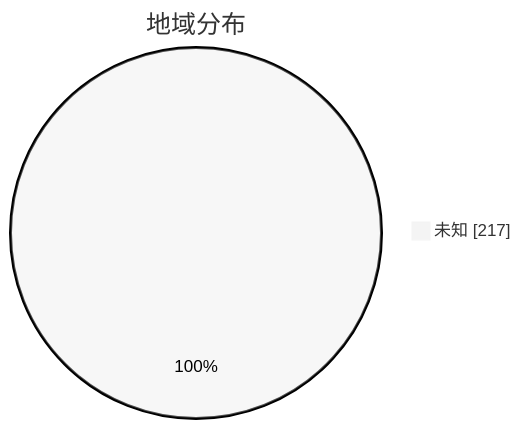
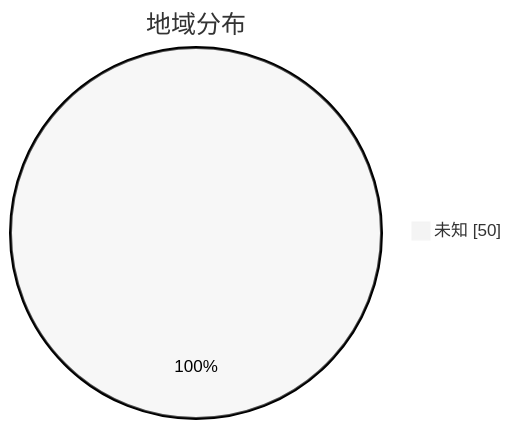
Before and after one commit to qjlxg/airport: the second of 3 diagrams in subs/statistics/tested_within.md, drawn with Mermaid (neutral theme). The commit also changed other lines of this file and 2 other files, not shown here.

````diff
--- a/subs/statistics/tested_within.md
+++ b/subs/statistics/tested_within.md
@@ -12,5 +10,5 @@
 ```mermaid
 pie showData
 title 地域分布
-"未知" : 217
+"未知" : 50
 ```
````
